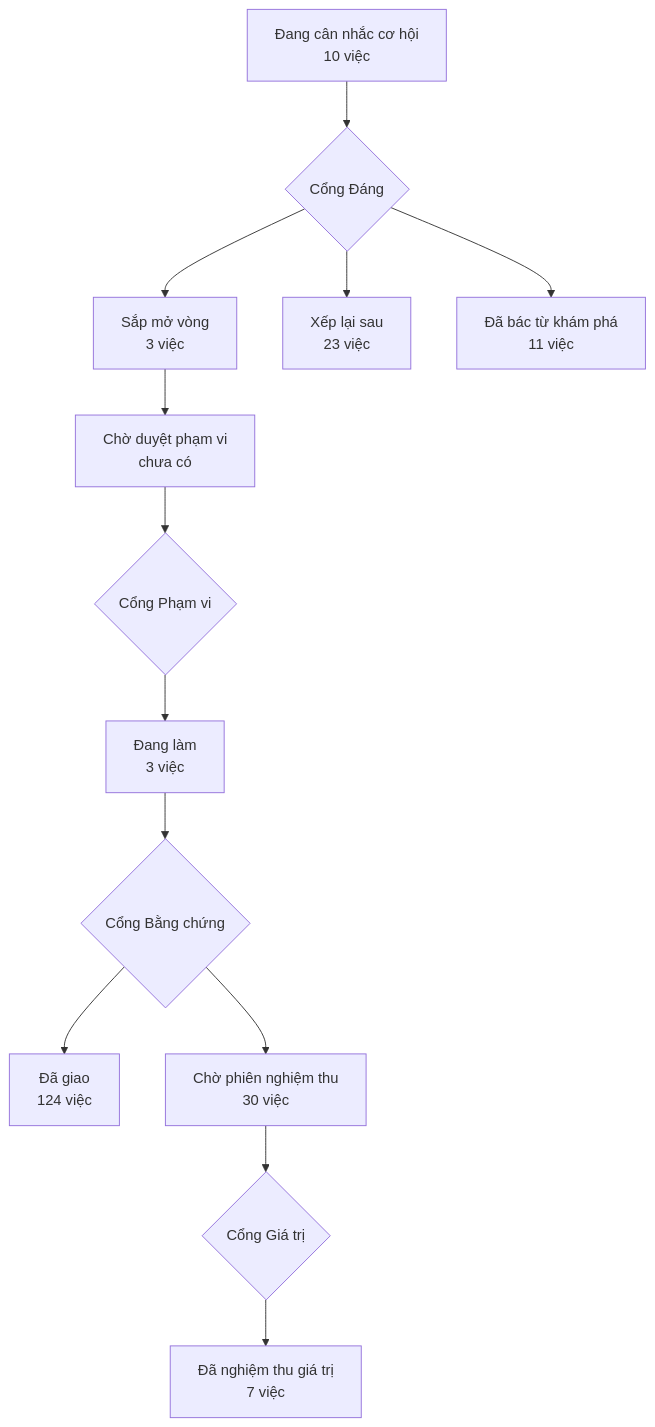
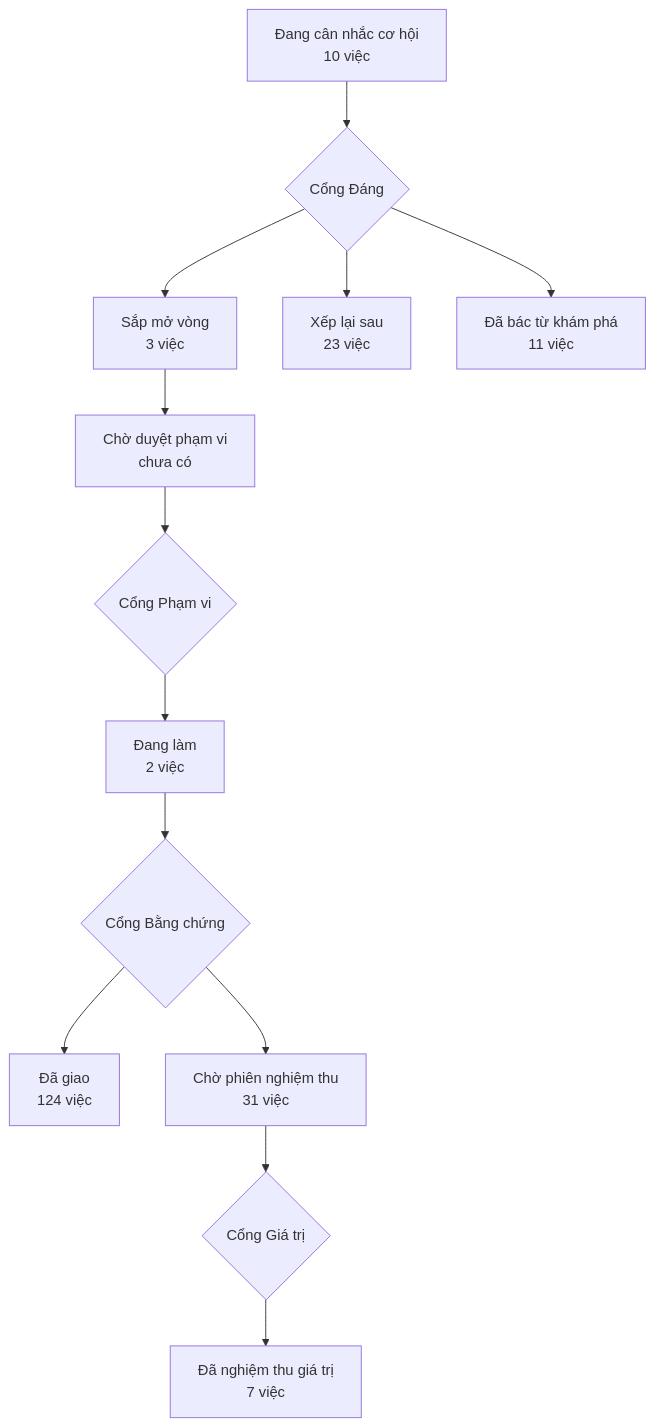
Before and after one commit to phanlemanh/acceptance-gate-kit: the diagram in PRODUCT-MAP.md, drawn with Mermaid. The commit also changed 6 other files, not shown here.

````diff
--- a/PRODUCT-MAP.md
+++ b/PRODUCT-MAP.md
@@ -7,12 +7,12 @@
 ```mermaid
 flowchart TD
   A["Đang cân nhắc cơ hội<br/>10 việc"] --> GD{"Cổng Đáng"}
   GD --> B["Sắp mở vòng<br/>3 việc"]
   GD --> XL["Xếp lại sau<br/>23 việc"]
   GD --> DB["Đã bác từ khám phá<br/>11 việc"]
   B --> CD["Chờ duyệt phạm vi<br/>chưa có"] --> GP{"Cổng Phạm vi"}
-  GP --> DL["Đang làm<br/>3 việc"] --> GB{"Cổng Bằng chứng"}
+  GP --> DL["Đang làm<br/>2 việc"] --> GB{"Cổng Bằng chứng"}
   GB --> DG["Đã giao<br/>124 việc"]
-  GB --> CN["Chờ phiên nghiệm thu<br/>30 việc"] --> GG{"Cổng Giá trị"}
+  GB --> CN["Chờ phiên nghiệm thu<br/>31 việc"] --> GG{"Cổng Giá trị"}
   GG --> NT["Đã nghiệm thu giá trị<br/>7 việc"]
 ```
````
